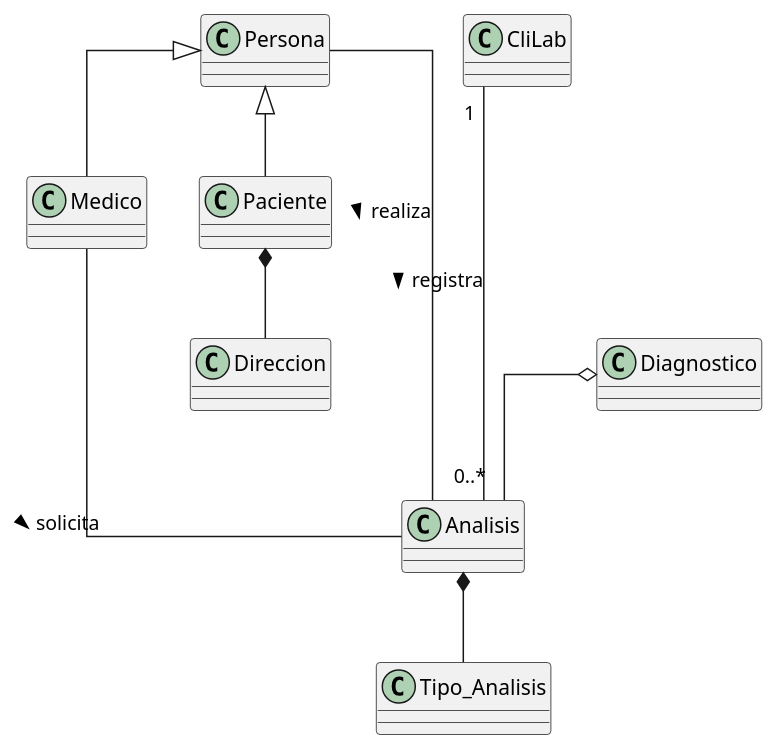
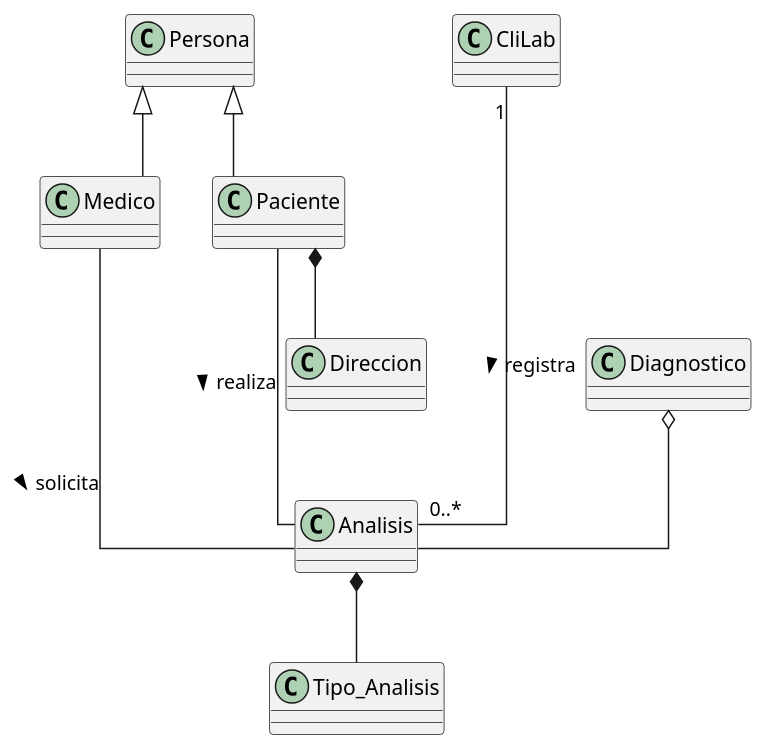
One commit to Z0SO/UML-Practice changed the first of 7 diagrams in 1-Repaso recuperatorio/Repaso Recuperatorio.md. Above: the diagram before and after it, drawn with PlantUML. The commit also changed other lines of this file, not shown here.

```diff
--- a/1-Repaso recuperatorio/Repaso Recuperatorio.md
+++ b/1-Repaso recuperatorio/Repaso Recuperatorio.md
@@ -17,7 +17,7 @@
 persona <|-- medico
 persona <|-- paciente
 
-persona --- analisis: > realiza
+paciente -- analisis: > realiza
 
 medico --- analisis: > solicita
 
```
